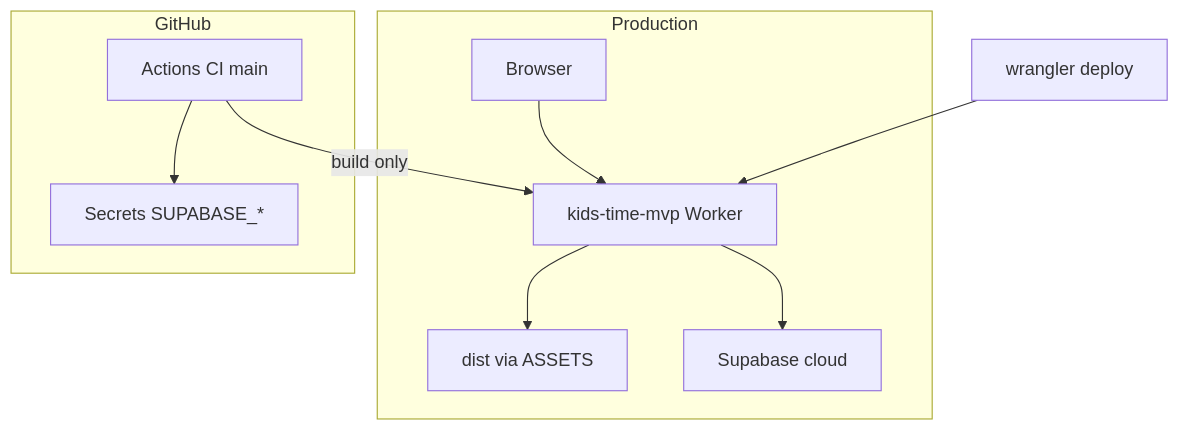
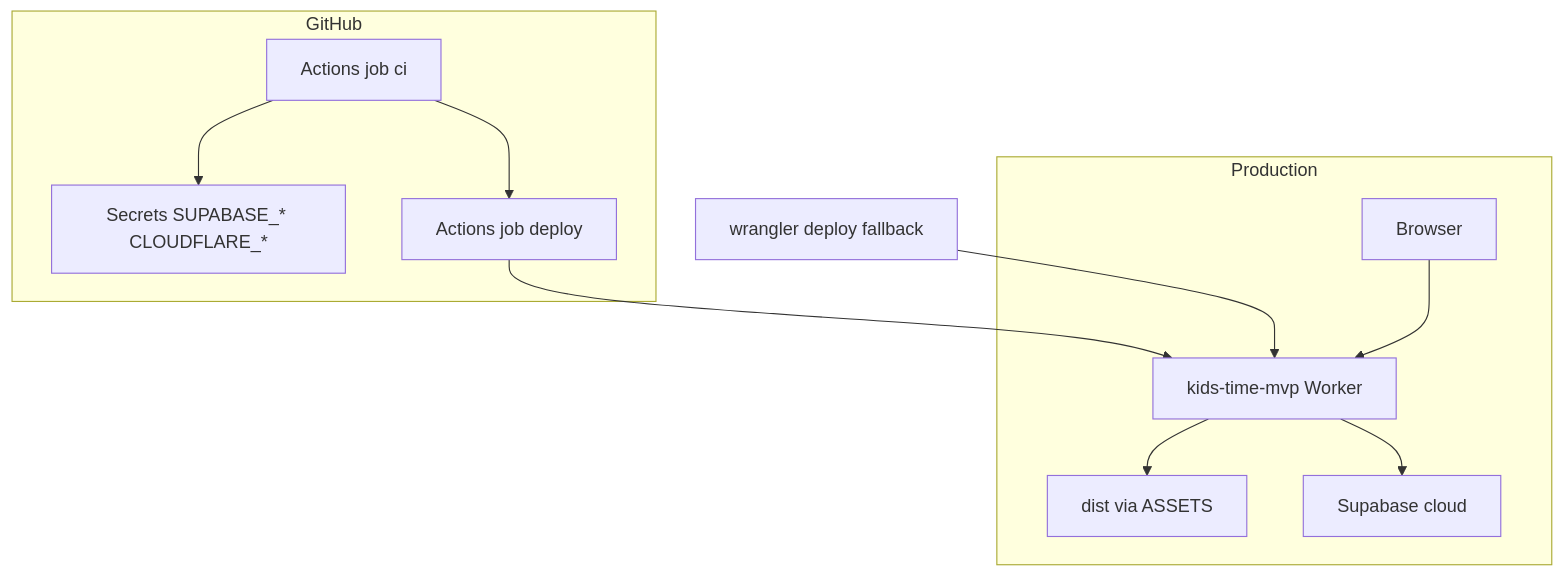
Before and after one commit to ghMichal/kids-time: the diagram in context/deployment/deploy-plan.md, drawn with Mermaid. The commit also changed other lines of this file and 2 other files, not shown here.

First line of the commit message:
docs(ci-auto-deploy-on-merge): Dokumentacja README + deploy-plan (p2)

````diff
--- a/context/deployment/deploy-plan.md
+++ b/context/deployment/deploy-plan.md
@@ -45,19 +45,21 @@
 ```mermaid
 flowchart TB
   subgraph prod [Production]
     User[Browser]
     Worker[kids-time-mvp Worker]
     Assets[dist via ASSETS]
     SupabaseCloud[Supabase cloud]
   end
   subgraph cicd [GitHub]
-    GHA[Actions CI main]
-    SecretsGH[Secrets SUPABASE_*]
+    GHAci[Actions job ci]
+    GHAdeploy[Actions job deploy]
+    SecretsGH[Secrets SUPABASE_* CLOUDFLARE_*]
   end
   User --> Worker
   Worker --> Assets
   Worker --> SupabaseCloud
-  GHA --> SecretsGH
-  GHA -->|build only| Worker
-  WranglerCLI[wrangler deploy] --> Worker
+  GHAci --> SecretsGH
+  GHAci --> GHAdeploy
+  GHAdeploy --> Worker
+  WranglerCLI[wrangler deploy fallback] --> Worker
 ```
````
